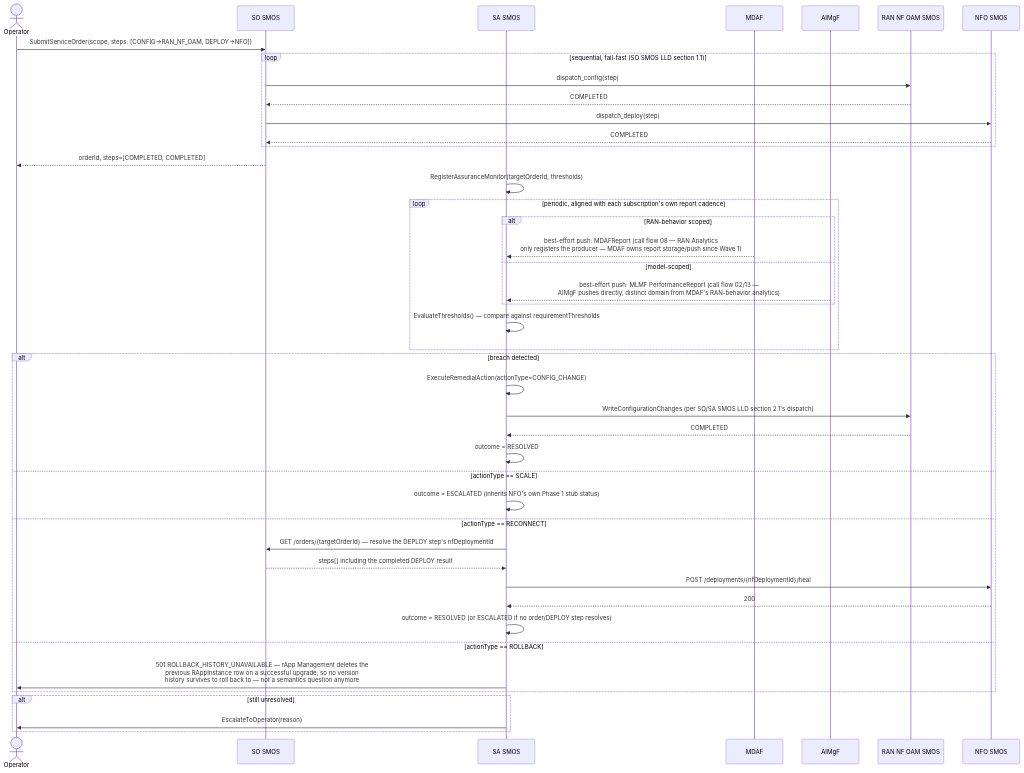
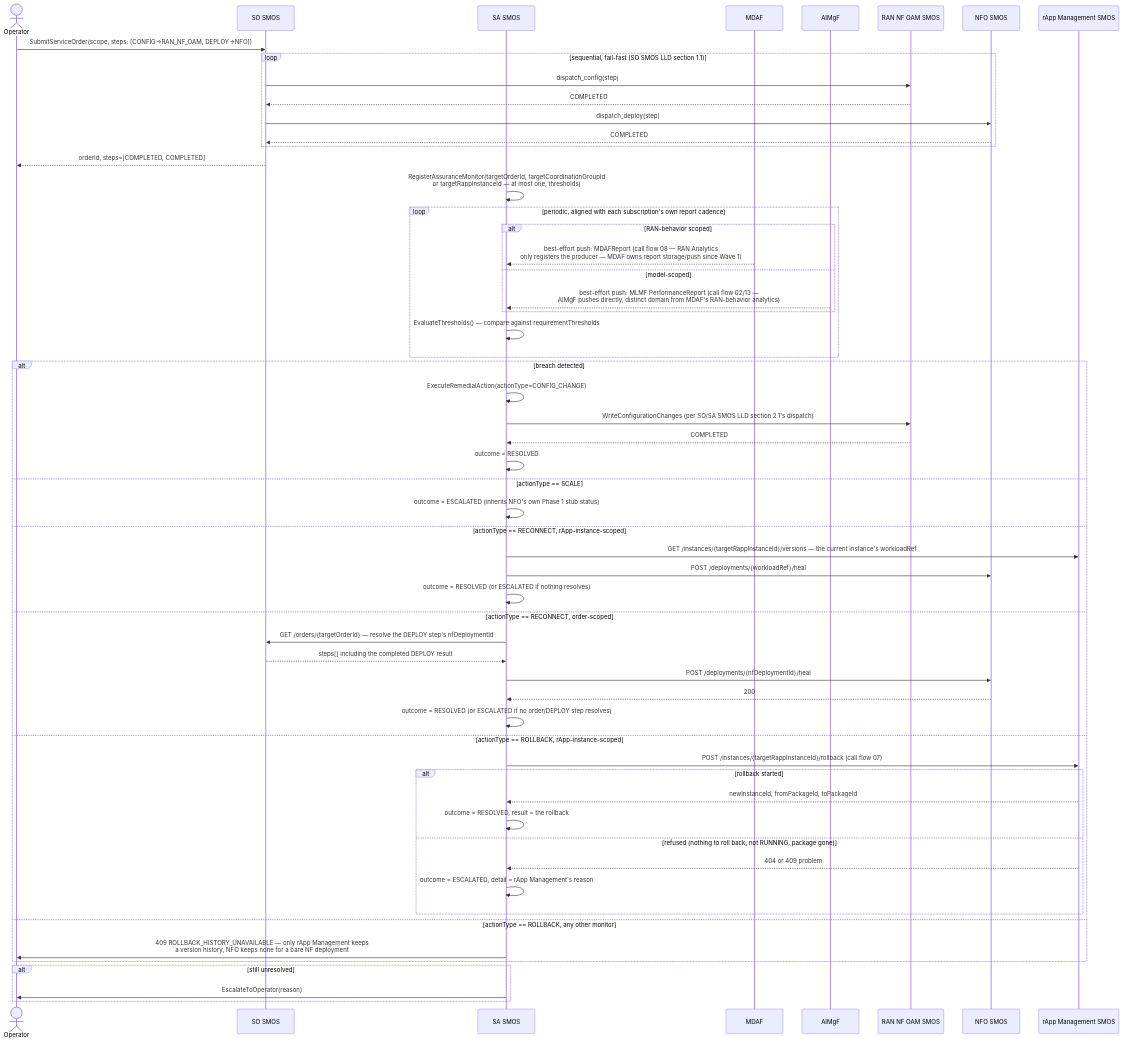
The diagram in smo/docs/call-flows/04-closed-loop-assurance.md (rsys-bshankar/ai-ran-ref), drawn with Mermaid before and after one commit. The commit also changed other lines of this file and 25 other files, not shown here.

First line of the commit message:
SA SMOS ROLLBACK: rApp version history and RollbackInstance (OI-1-sa-rollback)

````diff
--- a/smo/docs/call-flows/04-closed-loop-assurance.md
+++ b/smo/docs/call-flows/04-closed-loop-assurance.md
@@ -17,50 +18,64 @@
 ```mermaid
 sequenceDiagram
     actor Operator
     participant SO as SO SMOS
     participant SA as SA SMOS
     participant MDAF as MDAF
     participant AIMgF as AIMgF
     participant NFOAM as RAN NF OAM SMOS
     participant NFO as NFO SMOS
+    participant Rapp as rApp Management SMOS
 
     Operator->>SO: SubmitServiceOrder(scope, steps: [CONFIG->RAN_NF_OAM, DEPLOY->NFO])
     loop sequential, fail-fast (SO SMOS LLD section 1.1)
         SO->>NFOAM: dispatch_config(step)
         NFOAM-->>SO: COMPLETED
         SO->>NFO: dispatch_deploy(step)
         NFO-->>SO: COMPLETED
     end
     SO-->>Operator: orderId, steps=[COMPLETED, COMPLETED]
 
-    SA->>SA: RegisterAssuranceMonitor(targetOrderId, thresholds)
+    SA->>SA: RegisterAssuranceMonitor(targetOrderId, targetCoordinationGroupId<br/>or targetRappInstanceId — at most one, thresholds)
     loop periodic, aligned with each subscription's own report cadence
         alt RAN-behavior scoped
             MDAF-->>SA: best-effort push: MDAFReport (call flow 08 — RAN Analytics<br/>only registers the producer — MDAF owns report storage/push since Wave 1)
         else model-scoped
             AIMgF-->>SA: best-effort push: MLMF PerformanceReport (call flow 02/13 —<br/>AIMgF pushes directly, distinct domain from MDAF's RAN-behavior analytics)
         end
         SA->>SA: EvaluateThresholds() — compare against requirementThresholds
     end
 
     alt breach detected
         SA->>SA: ExecuteRemedialAction(actionType=CONFIG_CHANGE)
         SA->>NFOAM: WriteConfigurationChanges (per SO/SA SMOS LLD section 2.1's dispatch)
         NFOAM-->>SA: COMPLETED
         SA->>SA: outcome = RESOLVED
     else actionType == SCALE
         SA->>SA: outcome = ESCALATED (inherits NFO's own Phase 1 stub status)
-    else actionType == RECONNECT
+    else actionType == RECONNECT, rApp-instance-scoped
+        SA->>Rapp: GET /instances/{targetRappInstanceId}/versions — the current instance's workloadRef
+        SA->>NFO: POST /deployments/{workloadRef}/heal
+        SA->>SA: outcome = RESOLVED (or ESCALATED if nothing resolves)
+    else actionType == RECONNECT, order-scoped
         SA->>SO: GET /orders/{targetOrderId} — resolve the DEPLOY step's nfDeploymentId
         SO-->>SA: steps[] including the completed DEPLOY result
         SA->>NFO: POST /deployments/{nfDeploymentId}/heal
         NFO-->>SA: 200
         SA->>SA: outcome = RESOLVED (or ESCALATED if no order/DEPLOY step resolves)
-    else actionType == ROLLBACK
-        SA->>Operator: 501 ROLLBACK_HISTORY_UNAVAILABLE — rApp Management deletes the<br/>previous RAppInstance row on a successful upgrade, so no version<br/>history survives to roll back to — not a semantics question anymore
+    else actionType == ROLLBACK, rApp-instance-scoped
+        SA->>Rapp: POST /instances/{targetRappInstanceId}/rollback (call flow 07)
+        alt rollback started
+            Rapp-->>SA: newInstanceId, fromPackageId, toPackageId
+            SA->>SA: outcome = RESOLVED, result = the rollback
+        else refused (nothing to roll back, not RUNNING, package gone)
+            Rapp-->>SA: 404 or 409 problem
+            SA->>SA: outcome = ESCALATED, detail = rApp Management's reason
+        end
+    else actionType == ROLLBACK, any other monitor
+        SA->>Operator: 409 ROLLBACK_HISTORY_UNAVAILABLE — only rApp Management keeps<br/>a version history, NFO keeps none for a bare NF deployment
     end
 
     alt still unresolved
         SA->>Operator: EscalateToOperator(reason)
     end
 ```
````
